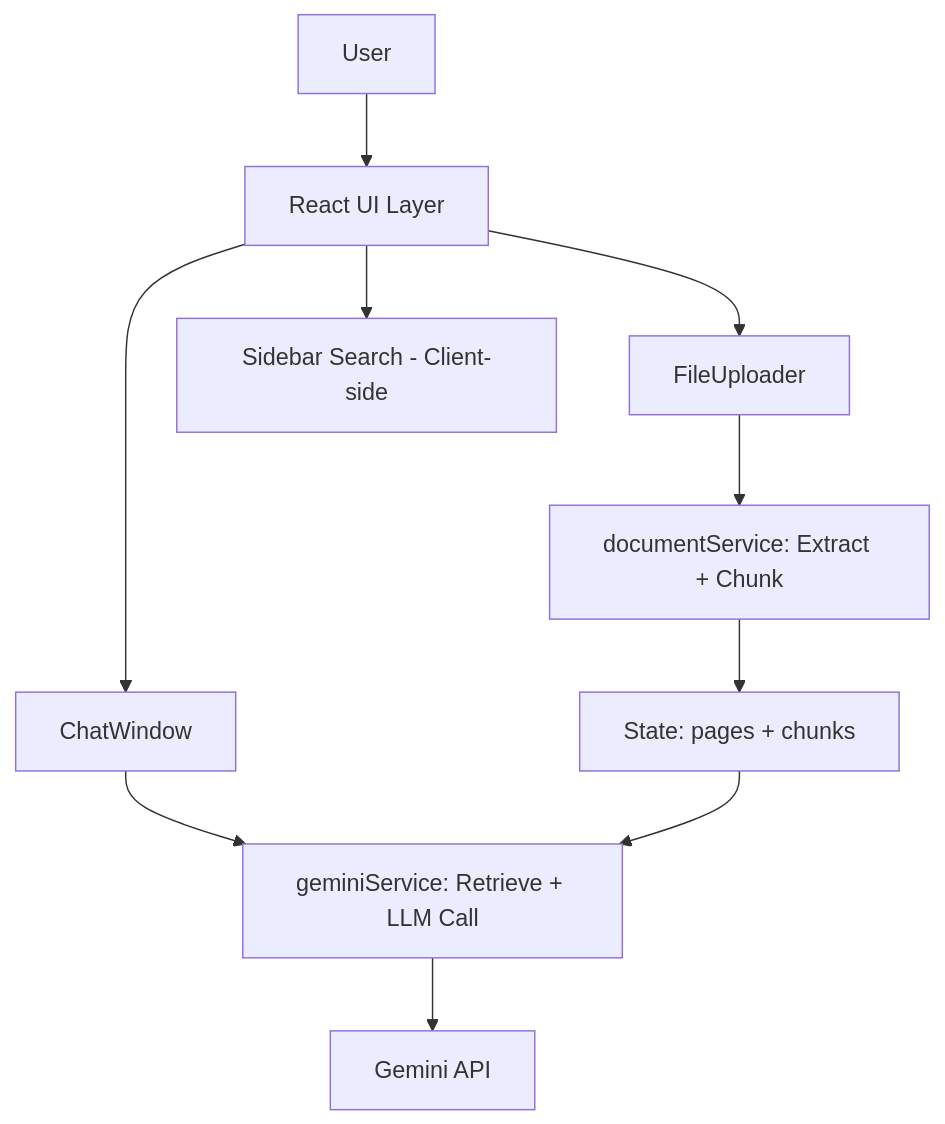
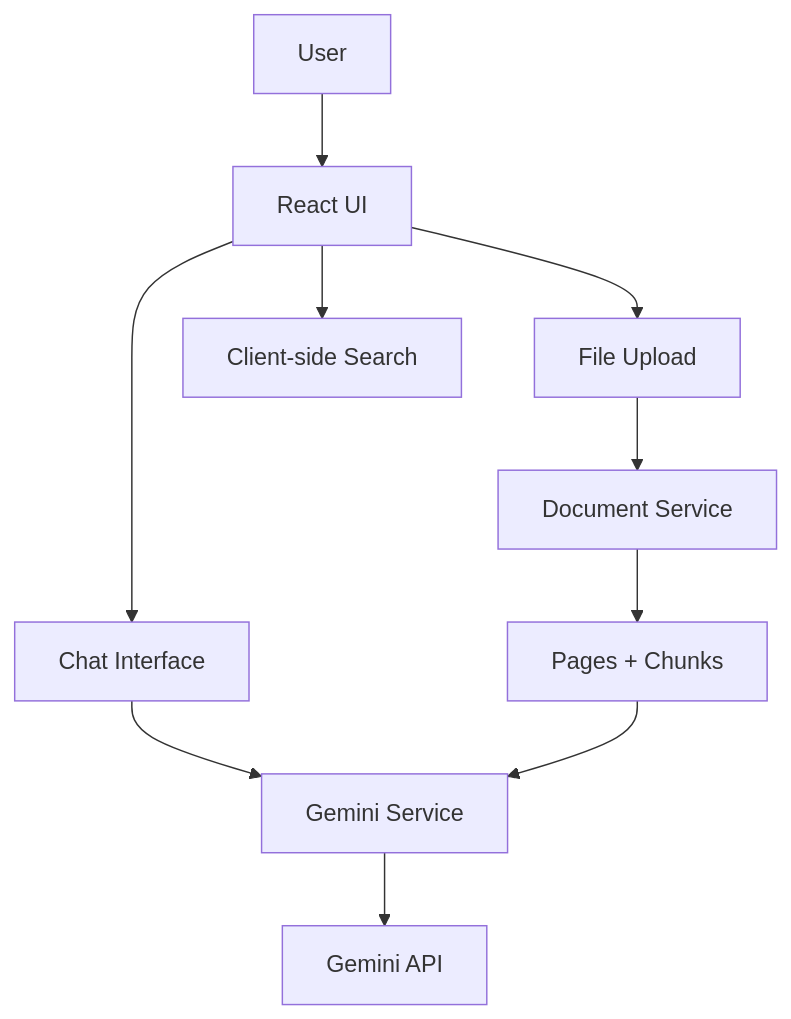
The diagram in README.md (Aakashi06/DocuMind), drawn with Mermaid before and after one commit. The commit also changed other lines of this file, not shown here.

````diff
--- a/README.md
+++ b/README.md
@@ -173,12 +65,12 @@
-                    <pre class="mermaid">
+```mermaid
 graph TD
-    A[User] --> B[React UI Layer]
-    B --> C[FileUploader]
-    C --> D[documentService: Extract + Chunk]
-    D --> E[State: pages + chunks]
-    B --> F[ChatWindow]
-    F --> G[geminiService: Retrieve + LLM Call]
+    A[User] --> B[React UI]
+    B --> C[File Upload]
+    C --> D[Document Service]
+    D --> E[Pages + Chunks]
+    B --> F[Chat Interface]
+    F --> G[Gemini Service]
     G --> H[Gemini API]
     E --> G
-    B --> I[Sidebar Search - Client-side]
-                    </pre>
+    B --> I[Client-side Search]
+```
````
